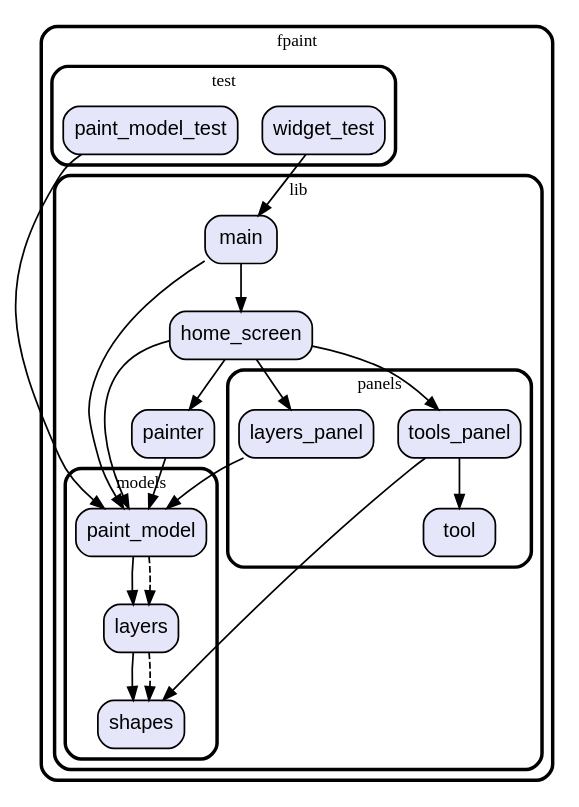
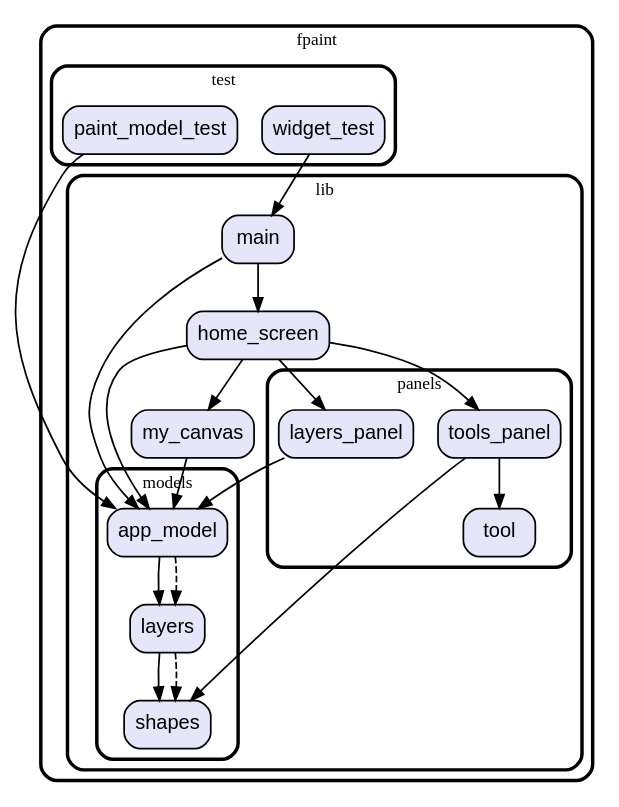
The diagram in graph.dot (vteam-com/fPaint), drawn with Graphviz before and after one commit. The commit also changed 8 other files, not shown here.

```diff
--- a/graph.dot
+++ b/graph.dot
@@ -1,58 +1,58 @@
 digraph "" {
   graph [style=rounded fontname="Arial Black" fontsize=13 penwidth=2.6];
   node [shape=rect style="filled,rounded" fontname=Arial fontsize=15 fillcolor=Lavender penwidth=1.3];
   edge [penwidth=1.3];
   "/test/paint_model_test.dart" [label="paint_model_test"];
   "/test/widget_test.dart" [label="widget_test"];
   "/lib/panels/tools_panel.dart" [label="tools_panel"];
   "/lib/panels/layers_panel.dart" [label="layers_panel"];
   "/lib/panels/tool.dart" [label="tool"];
   "/lib/models/layers.dart" [label="layers"];
   "/lib/models/shapes.dart" [label="shapes"];
-  "/lib/models/paint_model.dart" [label="paint_model"];
+  "/lib/models/app_model.dart" [label="app_model"];
   "/lib/main.dart" [label="main"];
-  "/lib/painter.dart" [label="painter"];
+  "/lib/my_canvas.dart" [label="my_canvas"];
   "/lib/home_screen.dart" [label="home_screen"];
   subgraph "cluster~" {
     label="fpaint";
     subgraph "cluster~/test" {
       label="test";
       "/test/paint_model_test.dart";
       "/test/widget_test.dart";
     }
     subgraph "cluster~/lib" {
       label="lib";
       "/lib/main.dart";
-      "/lib/painter.dart";
+      "/lib/my_canvas.dart";
       "/lib/home_screen.dart";
       subgraph "cluster~/lib/panels" {
         label="panels";
         "/lib/panels/tools_panel.dart";
         "/lib/panels/layers_panel.dart";
         "/lib/panels/tool.dart";
       }
       subgraph "cluster~/lib/models" {
         label="models";
         "/lib/models/layers.dart";
         "/lib/models/shapes.dart";
-        "/lib/models/paint_model.dart";
+        "/lib/models/app_model.dart";
       }
     }
   }
-  "/test/paint_model_test.dart" -> "/lib/models/paint_model.dart";
+  "/test/paint_model_test.dart" -> "/lib/models/app_model.dart";
   "/test/widget_test.dart" -> "/lib/main.dart";
   "/lib/panels/tools_panel.dart" -> "/lib/models/shapes.dart";
   "/lib/panels/tools_panel.dart" -> "/lib/panels/tool.dart";
-  "/lib/panels/layers_panel.dart" -> "/lib/models/paint_model.dart";
+  "/lib/panels/layers_panel.dart" -> "/lib/models/app_model.dart";
   "/lib/models/layers.dart" -> "/lib/models/shapes.dart";
   "/lib/models/layers.dart" -> "/lib/models/shapes.dart" [style=dashed];
-  "/lib/models/paint_model.dart" -> "/lib/models/layers.dart";
-  "/lib/models/paint_model.dart" -> "/lib/models/layers.dart" [style=dashed];
+  "/lib/models/app_model.dart" -> "/lib/models/layers.dart";
+  "/lib/models/app_model.dart" -> "/lib/models/layers.dart" [style=dashed];
   "/lib/main.dart" -> "/lib/home_screen.dart";
-  "/lib/main.dart" -> "/lib/models/paint_model.dart";
-  "/lib/painter.dart" -> "/lib/models/paint_model.dart";
+  "/lib/main.dart" -> "/lib/models/app_model.dart";
+  "/lib/my_canvas.dart" -> "/lib/models/app_model.dart";
   "/lib/home_screen.dart" -> "/lib/panels/layers_panel.dart";
   "/lib/home_screen.dart" -> "/lib/panels/tools_panel.dart";
-  "/lib/home_screen.dart" -> "/lib/models/paint_model.dart";
-  "/lib/home_screen.dart" -> "/lib/painter.dart";
+  "/lib/home_screen.dart" -> "/lib/models/app_model.dart";
+  "/lib/home_screen.dart" -> "/lib/my_canvas.dart";
 }
```
